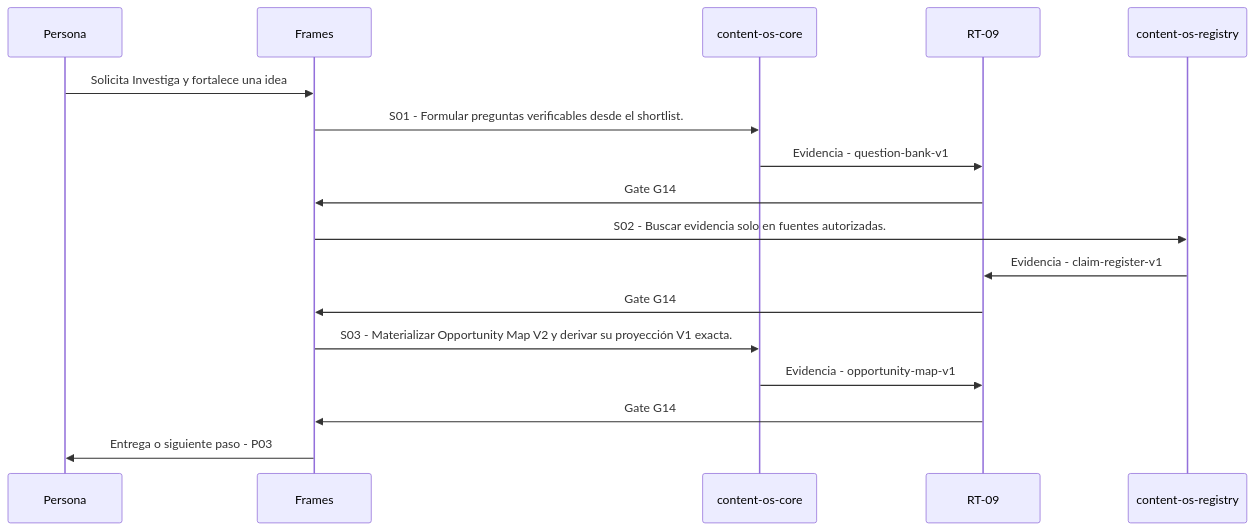
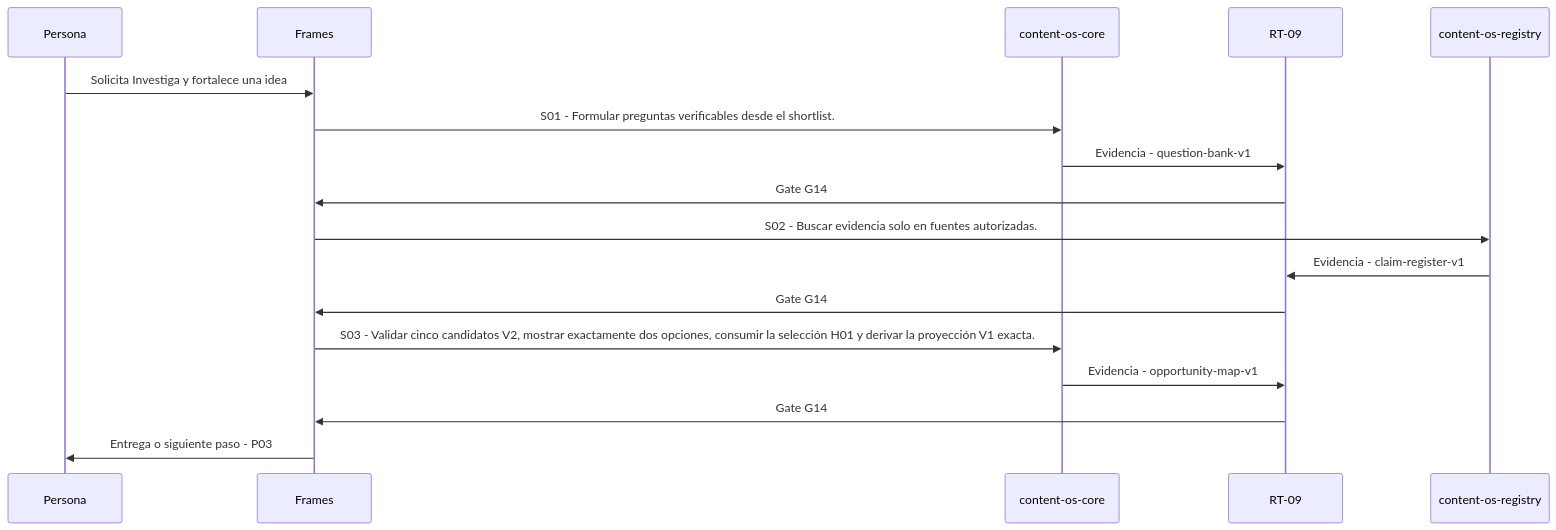
One commit to Francixco90/metodologia-frames-agent-os changed the diagram in 01_intencion/reference/workflows/p02.md. Above: the diagram before and after it, drawn with Mermaid. The commit also changed other lines of this file and 11 other files, not shown here.

````diff
--- a/01_intencion/reference/workflows/p02.md
+++ b/01_intencion/reference/workflows/p02.md
@@ -41,19 +41,19 @@
 ```mermaid
 sequenceDiagram
   participant a0_Persona as Persona
   participant a1_Frames as Frames
   participant a2_content_os_core as content-os-core
   participant a3_RT_09 as RT-09
   participant a4_content_os_registry as content-os-registry
   a0_Persona->>a1_Frames: Solicita Investiga y fortalece una idea
   a1_Frames->>a2_content_os_core: S01 - Formular preguntas verificables desde el shortlist.
   a2_content_os_core->>a3_RT_09: Evidencia - question-bank-v1
   a3_RT_09->>a1_Frames: Gate G14
   a1_Frames->>a4_content_os_registry: S02 - Buscar evidencia solo en fuentes autorizadas.
   a4_content_os_registry->>a3_RT_09: Evidencia - claim-register-v1
   a3_RT_09->>a1_Frames: Gate G14
-  a1_Frames->>a2_content_os_core: S03 - Materializar Opportunity Map V2 y derivar su proyección V1 exacta.
+  a1_Frames->>a2_content_os_core: S03 - Validar cinco candidatos V2, mostrar exactamente dos opciones, consumir la selección H01 y derivar la proyección V1 exacta.
   a2_content_os_core->>a3_RT_09: Evidencia - opportunity-map-v1
   a3_RT_09->>a1_Frames: Gate G14
   a1_Frames->>a0_Persona: Entrega o siguiente paso - P03
 ```
````
